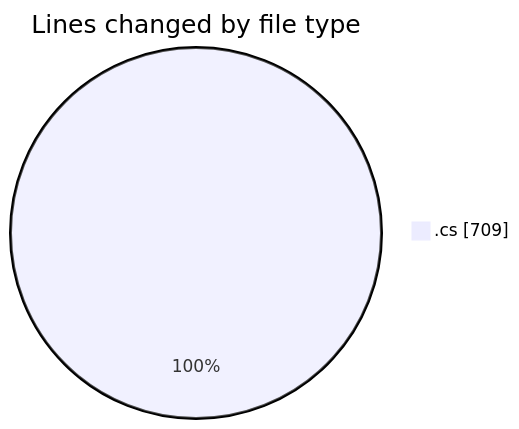
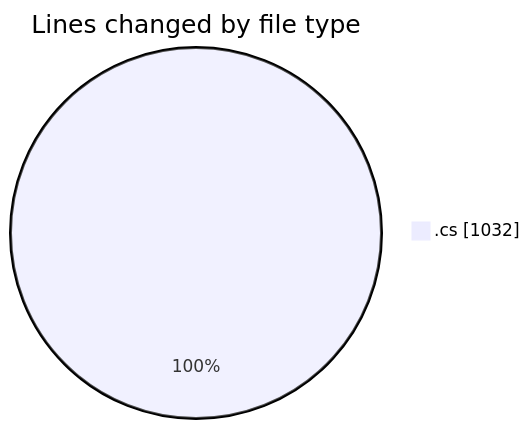
The first of 2 diagrams in 2025-04-01/back-end/README.md (Netris89/code-tracking), drawn with Mermaid before and after one commit. The commit also changed other lines of this file and 1 other file, not shown here.

````diff
--- a/2025-04-01/back-end/README.md
+++ b/2025-04-01/back-end/README.md
@@ -23,5 +24,5 @@
 ```mermaid
 pie showData
 title Lines changed by file type
-".cs" : 709
+".cs" : 1032
 ```
````
